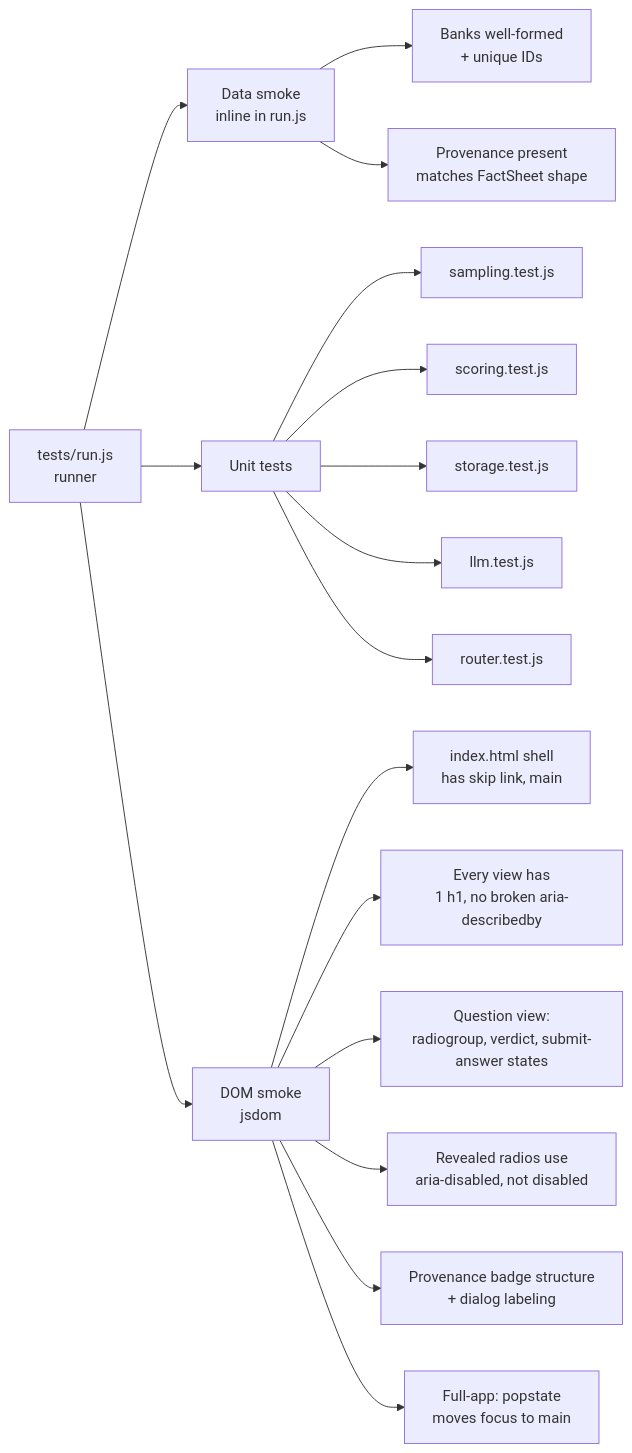
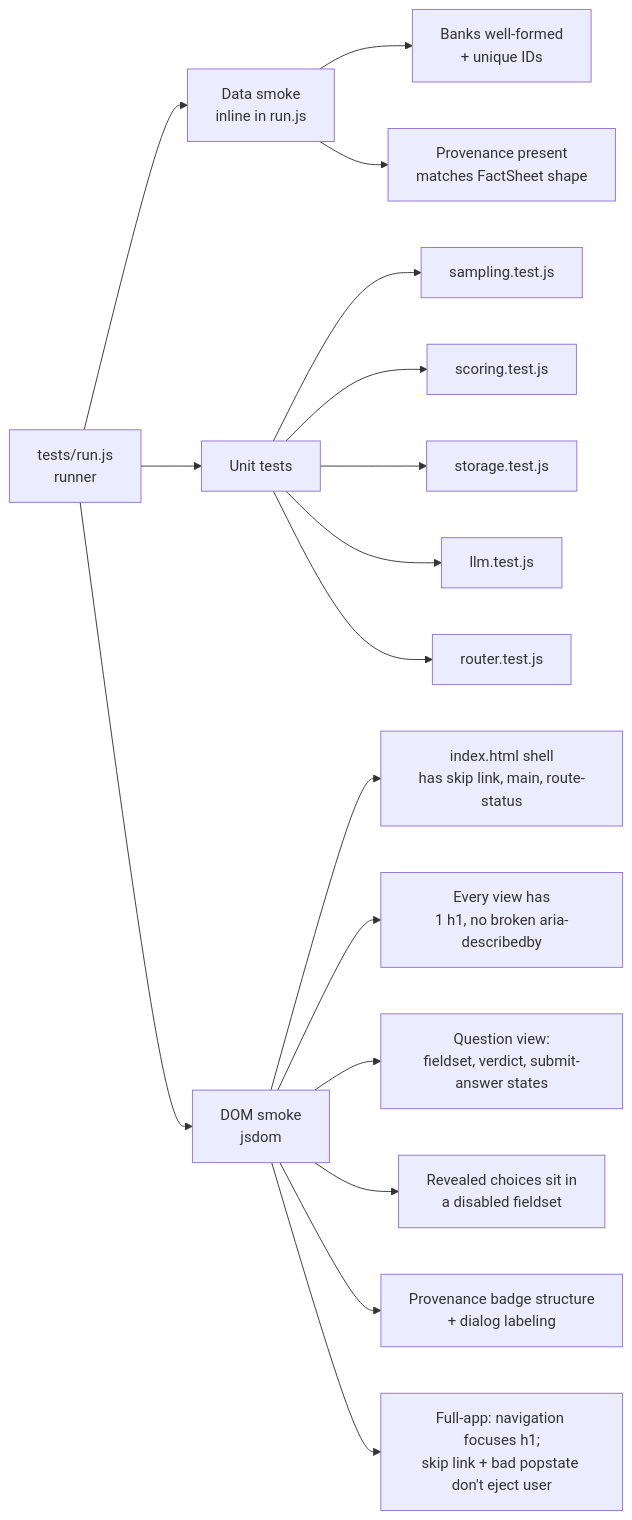
One commit to lucidsif/cpacc-exam-prep changed the fourth of 4 diagrams in ARCHITECTURE.md. Above: the diagram before and after it, drawn with Mermaid. The commit also changed other lines of this file and 22 other files, not shown here.

````diff
--- a/ARCHITECTURE.md
+++ b/ARCHITECTURE.md
@@ -288,26 +308,26 @@
 ```mermaid
 graph LR
   accTitle: Test suite layers
-  accDescr: The test runner discovers every *.test.js file in tests/. There are three layers: data smoke tests (inline in run.js) validate data file structure and provenance. Unit tests cover pure logic in sampling, scoring, storage, the LLM provider helper, and the router. DOM smoke tests use jsdom to assert view-level accessibility contracts, including a full-app test that Back/Forward moves focus to main.
+  accDescr: The test runner discovers every *.test.js file in tests/. There are three layers: data smoke tests (inline in run.js) validate data file structure and provenance. Unit tests cover pure logic in sampling, scoring, storage, the LLM provider helper, and the router. DOM smoke tests use jsdom to assert view-level accessibility contracts, including full-app tests that click- and popstate-driven navigation focus the route's h1, and that the skip link and a non-route popstate hash don't reset the app to home.
 
   R[tests/run.js<br/>runner]
   DS[Data smoke<br/>inline in run.js]
   U[Unit tests]
   V[DOM smoke<br/>jsdom]
   R --> DS
   R --> U
   R --> V
   DS --> DSa[Banks well-formed<br/>+ unique IDs]
   DS --> DSb[Provenance present<br/>matches FactSheet shape]
   U --> Ua[sampling.test.js]
   U --> Ub[scoring.test.js]
   U --> Uc[storage.test.js]
   U --> Ud[llm.test.js]
   U --> Ue[router.test.js]
-  V --> Va[index.html shell<br/>has skip link, main]
+  V --> Va[index.html shell<br/>has skip link, main, route-status]
   V --> Vb[Every view has<br/>1 h1, no broken aria-describedby]
-  V --> Vc[Question view:<br/>radiogroup, verdict, submit-answer states]
-  V --> Vd[Revealed radios use<br/>aria-disabled, not disabled]
+  V --> Vc[Question view:<br/>fieldset, verdict, submit-answer states]
+  V --> Vd[Revealed choices sit in<br/>a disabled fieldset]
   V --> Ve[Provenance badge structure<br/>+ dialog labeling]
-  V --> Vf[Full-app: popstate<br/>moves focus to main]
+  V --> Vf[Full-app: navigation focuses h1;<br/>skip link + bad popstate don't eject user]
 ```
````
